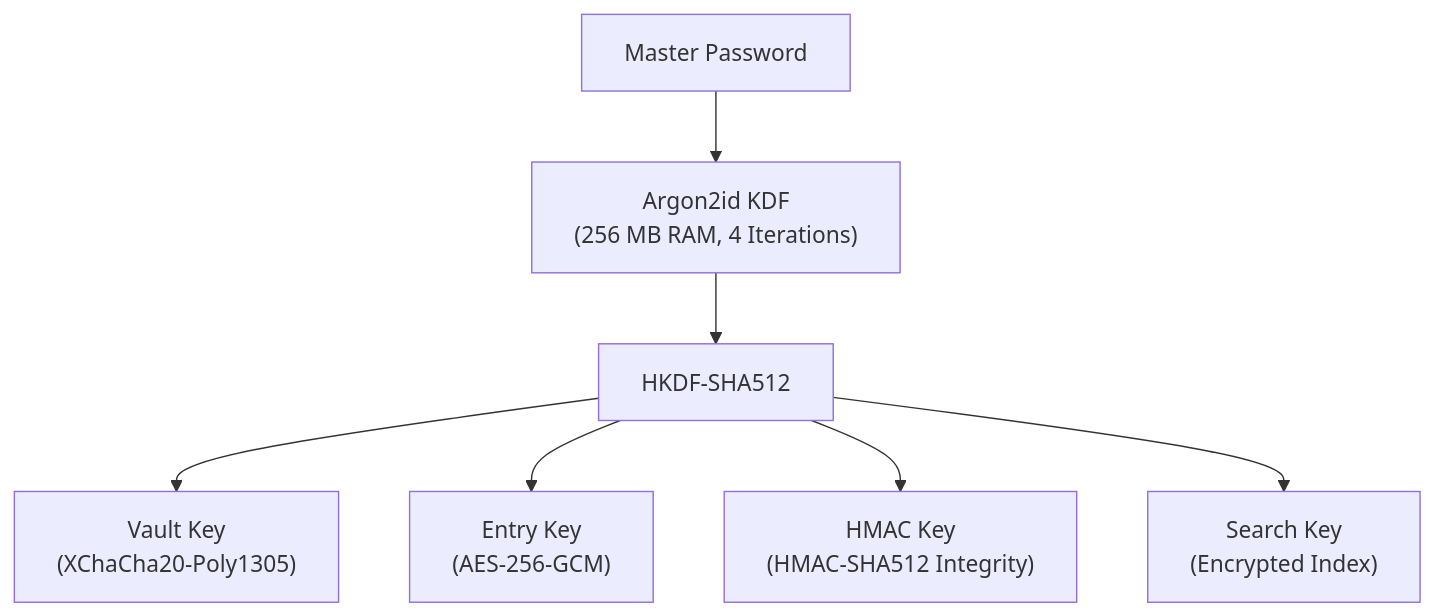
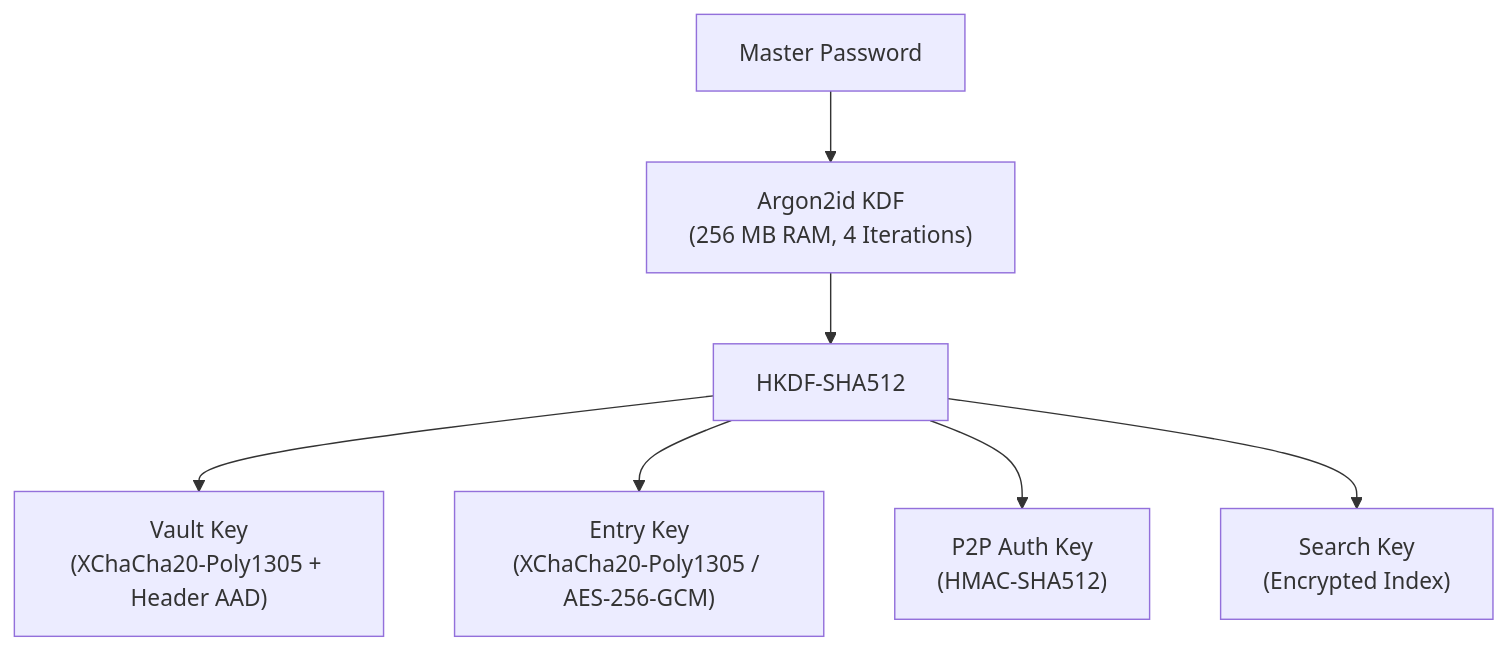
One commit to YntraAB/yntra-vault changed the first of 2 diagrams in README.md. Above: the diagram before and after it, drawn with Mermaid. The commit also changed other lines of this file and 64 other files, not shown here.

````diff
--- a/README.md
+++ b/README.md
@@ -23,9 +23,9 @@
 ```mermaid
 graph TD
     PWD["Master Password"] --> ARG["Argon2id KDF<br/>(256 MB RAM, 4 Iterations)"]
     ARG --> HKDF["HKDF-SHA512"]
-    HKDF --> VK["Vault Key<br/>(XChaCha20-Poly1305)"]
-    HKDF --> EK["Entry Key<br/>(AES-256-GCM)"]
-    HKDF --> HK["HMAC Key<br/>(HMAC-SHA512 Integrity)"]
+    HKDF --> VK["Vault Key<br/>(XChaCha20-Poly1305 + Header AAD)"]
+    HKDF --> EK["Entry Key<br/>(XChaCha20-Poly1305 / AES-256-GCM)"]
+    HKDF --> HK["P2P Auth Key<br/>(HMAC-SHA512)"]
     HKDF --> SK["Search Key<br/>(Encrypted Index)"]
 ```
````
